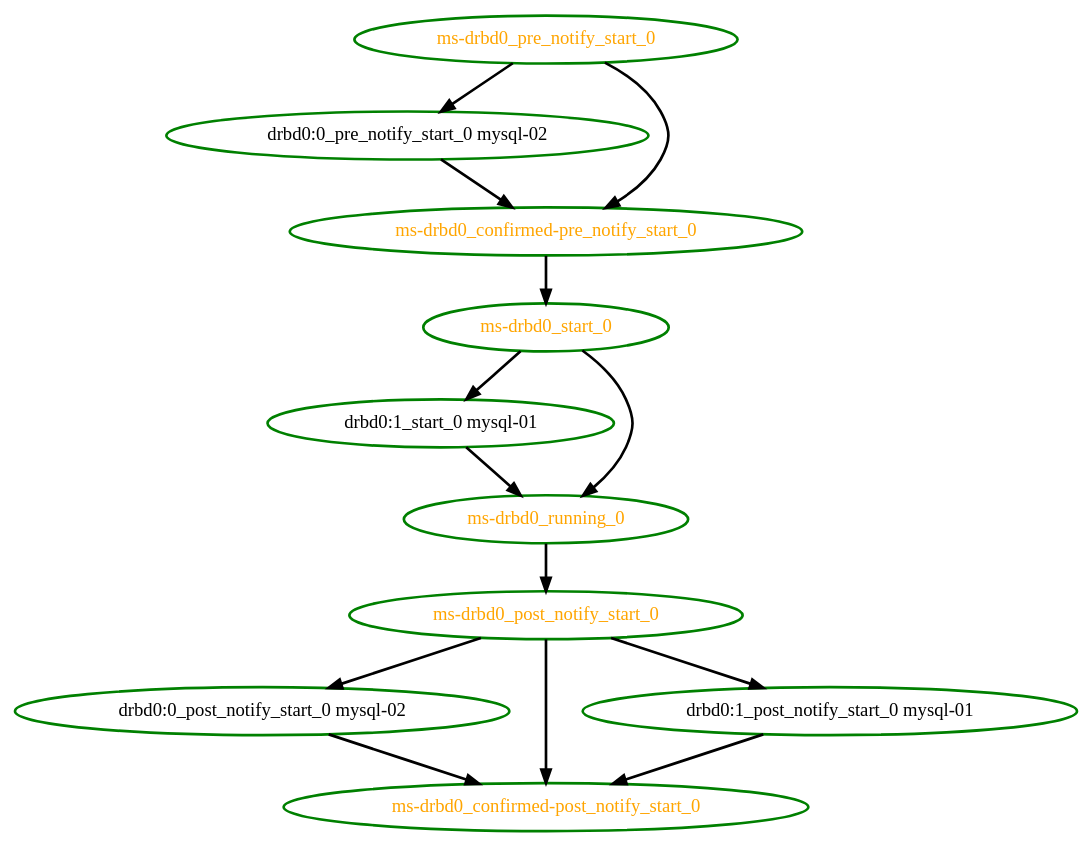
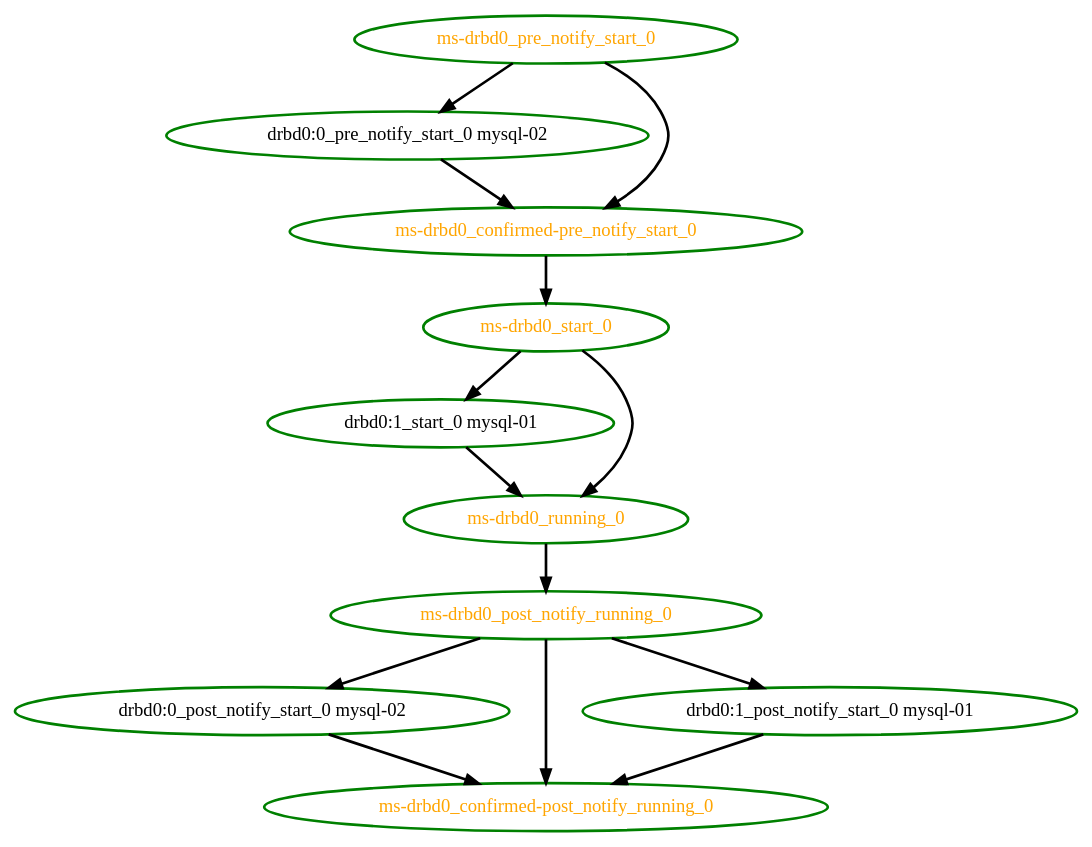
One commit to linux-ha-japan/pm_diskd changed the diagram in pengine/test10/bug-lf-1852.dot. Above: the diagram before and after it, drawn with Graphviz. The commit also changed 68 other files, not shown here.

```diff
--- a/pengine/test10/bug-lf-1852.dot
+++ b/pengine/test10/bug-lf-1852.dot
@@ -1,25 +1,25 @@
 digraph "g" {
-"drbd0:0_post_notify_start_0 mysql-02" -> "ms-drbd0_confirmed-post_notify_start_0" [ style = bold]
+"drbd0:0_post_notify_start_0 mysql-02" -> "ms-drbd0_confirmed-post_notify_running_0" [ style = bold]
 "drbd0:0_post_notify_start_0 mysql-02" [ style=bold color="green" fontcolor="black"  ]
 "drbd0:0_pre_notify_start_0 mysql-02" -> "ms-drbd0_confirmed-pre_notify_start_0" [ style = bold]
 "drbd0:0_pre_notify_start_0 mysql-02" [ style=bold color="green" fontcolor="black"  ]
-"drbd0:1_post_notify_start_0 mysql-01" -> "ms-drbd0_confirmed-post_notify_start_0" [ style = bold]
+"drbd0:1_post_notify_start_0 mysql-01" -> "ms-drbd0_confirmed-post_notify_running_0" [ style = bold]
 "drbd0:1_post_notify_start_0 mysql-01" [ style=bold color="green" fontcolor="black"  ]
 "drbd0:1_start_0 mysql-01" -> "ms-drbd0_running_0" [ style = bold]
 "drbd0:1_start_0 mysql-01" [ style=bold color="green" fontcolor="black"  ]
-"ms-drbd0_confirmed-post_notify_start_0" [ style=bold color="green" fontcolor="orange"  ]
+"ms-drbd0_confirmed-post_notify_running_0" [ style=bold color="green" fontcolor="orange"  ]
 "ms-drbd0_confirmed-pre_notify_start_0" -> "ms-drbd0_start_0" [ style = bold]
 "ms-drbd0_confirmed-pre_notify_start_0" [ style=bold color="green" fontcolor="orange"  ]
-"ms-drbd0_post_notify_start_0" -> "drbd0:0_post_notify_start_0 mysql-02" [ style = bold]
-"ms-drbd0_post_notify_start_0" -> "drbd0:1_post_notify_start_0 mysql-01" [ style = bold]
-"ms-drbd0_post_notify_start_0" -> "ms-drbd0_confirmed-post_notify_start_0" [ style = bold]
-"ms-drbd0_post_notify_start_0" [ style=bold color="green" fontcolor="orange"  ]
+"ms-drbd0_post_notify_running_0" -> "drbd0:0_post_notify_start_0 mysql-02" [ style = bold]
+"ms-drbd0_post_notify_running_0" -> "drbd0:1_post_notify_start_0 mysql-01" [ style = bold]
+"ms-drbd0_post_notify_running_0" -> "ms-drbd0_confirmed-post_notify_running_0" [ style = bold]
+"ms-drbd0_post_notify_running_0" [ style=bold color="green" fontcolor="orange"  ]
 "ms-drbd0_pre_notify_start_0" -> "drbd0:0_pre_notify_start_0 mysql-02" [ style = bold]
 "ms-drbd0_pre_notify_start_0" -> "ms-drbd0_confirmed-pre_notify_start_0" [ style = bold]
 "ms-drbd0_pre_notify_start_0" [ style=bold color="green" fontcolor="orange"  ]
-"ms-drbd0_running_0" -> "ms-drbd0_post_notify_start_0" [ style = bold]
+"ms-drbd0_running_0" -> "ms-drbd0_post_notify_running_0" [ style = bold]
 "ms-drbd0_running_0" [ style=bold color="green" fontcolor="orange"  ]
 "ms-drbd0_start_0" -> "drbd0:1_start_0 mysql-01" [ style = bold]
 "ms-drbd0_start_0" -> "ms-drbd0_running_0" [ style = bold]
 "ms-drbd0_start_0" [ style=bold color="green" fontcolor="orange"  ]
 }
```
